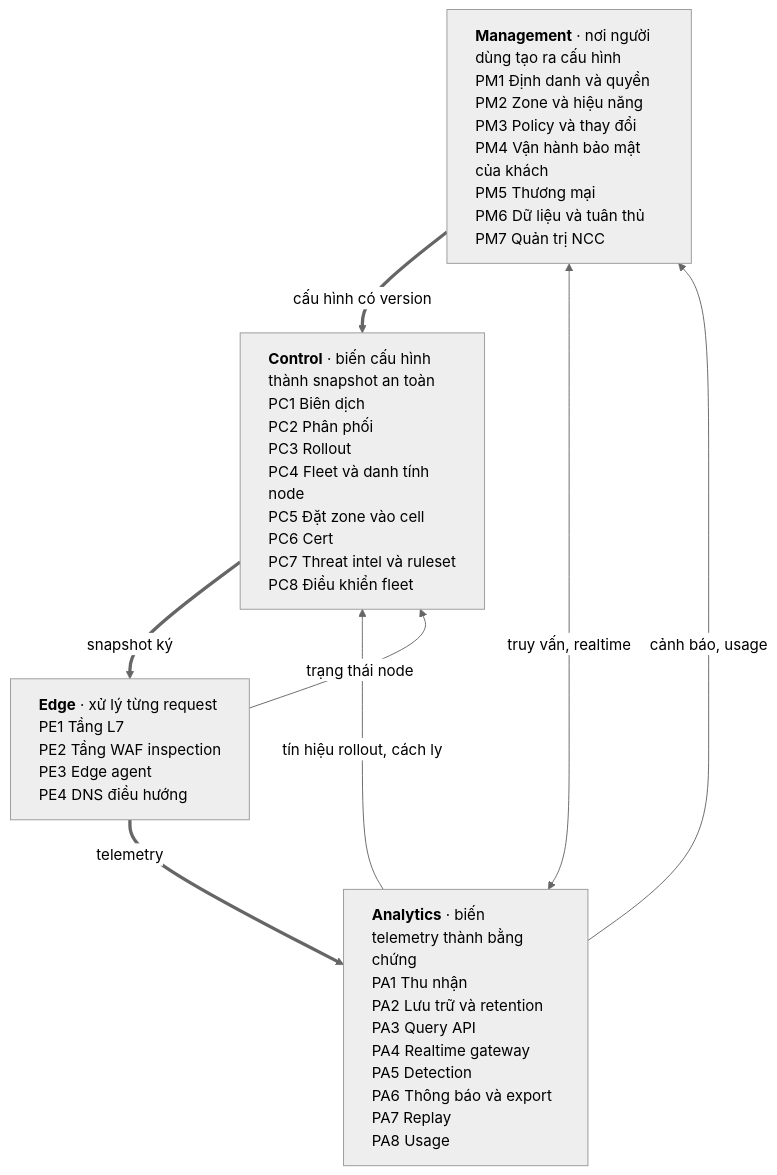
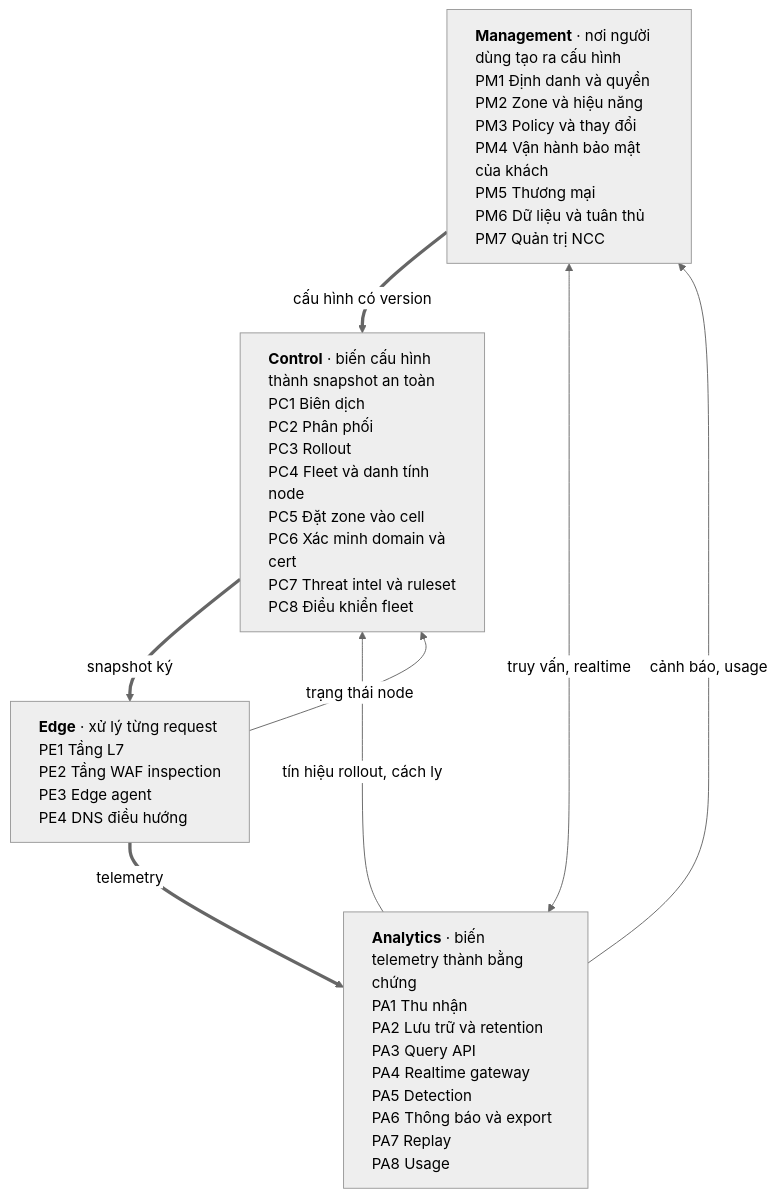
Before and after one commit to metap-org/metap-demo-waf: the third of 4 diagrams in docs/architecture/01-introduction/05-functional-decomposition.md, drawn with Mermaid (neutral theme). The commit also changed other lines of this file and 10 other files, not shown here.

First line of the commit message:
docs(architecture): provisional inter-plane contracts and onboarding business analysis

````diff
--- a/docs/architecture/01-introduction/05-functional-decomposition.md
+++ b/docs/architecture/01-introduction/05-functional-decomposition.md
@@ -432,18 +450,18 @@
 ```mermaid
 flowchart TB
     M["<b>Management</b> · nơi người dùng tạo ra cấu hình<br/>PM1 Định danh và quyền<br/>PM2 Zone và hiệu năng<br/>PM3 Policy và thay đổi<br/>PM4 Vận hành bảo mật của khách<br/>PM5 Thương mại<br/>PM6 Dữ liệu và tuân thủ<br/>PM7 Quản trị NCC"]
-    C["<b>Control</b> · biến cấu hình thành snapshot an toàn<br/>PC1 Biên dịch<br/>PC2 Phân phối<br/>PC3 Rollout<br/>PC4 Fleet và danh tính node<br/>PC5 Đặt zone vào cell<br/>PC6 Cert<br/>PC7 Threat intel và ruleset<br/>PC8 Điều khiển fleet"]
+    C["<b>Control</b> · biến cấu hình thành snapshot an toàn<br/>PC1 Biên dịch<br/>PC2 Phân phối<br/>PC3 Rollout<br/>PC4 Fleet và danh tính node<br/>PC5 Đặt zone vào cell<br/>PC6 Xác minh domain và cert<br/>PC7 Threat intel và ruleset<br/>PC8 Điều khiển fleet"]
     E["<b>Edge</b> · xử lý từng request<br/>PE1 Tầng L7<br/>PE2 Tầng WAF inspection<br/>PE3 Edge agent<br/>PE4 DNS điều hướng"]
     A["<b>Analytics</b> · biến telemetry thành bằng chứng<br/>PA1 Thu nhận<br/>PA2 Lưu trữ và retention<br/>PA3 Query API<br/>PA4 Realtime gateway<br/>PA5 Detection<br/>PA6 Thông báo và export<br/>PA7 Replay<br/>PA8 Usage"]
     M ==>|"cấu hình có version"| C
     C ==>|"snapshot ký"| E
     E ==>|"telemetry"| A
     E -->|"trạng thái node"| C
     A -->|"cảnh báo, usage"| M
     A -->|"tín hiệu rollout, cách ly"| C
     M <-->|"truy vấn, realtime"| A
     style M text-align:left
     style C text-align:left
     style E text-align:left
     style A text-align:left
 ```
````
